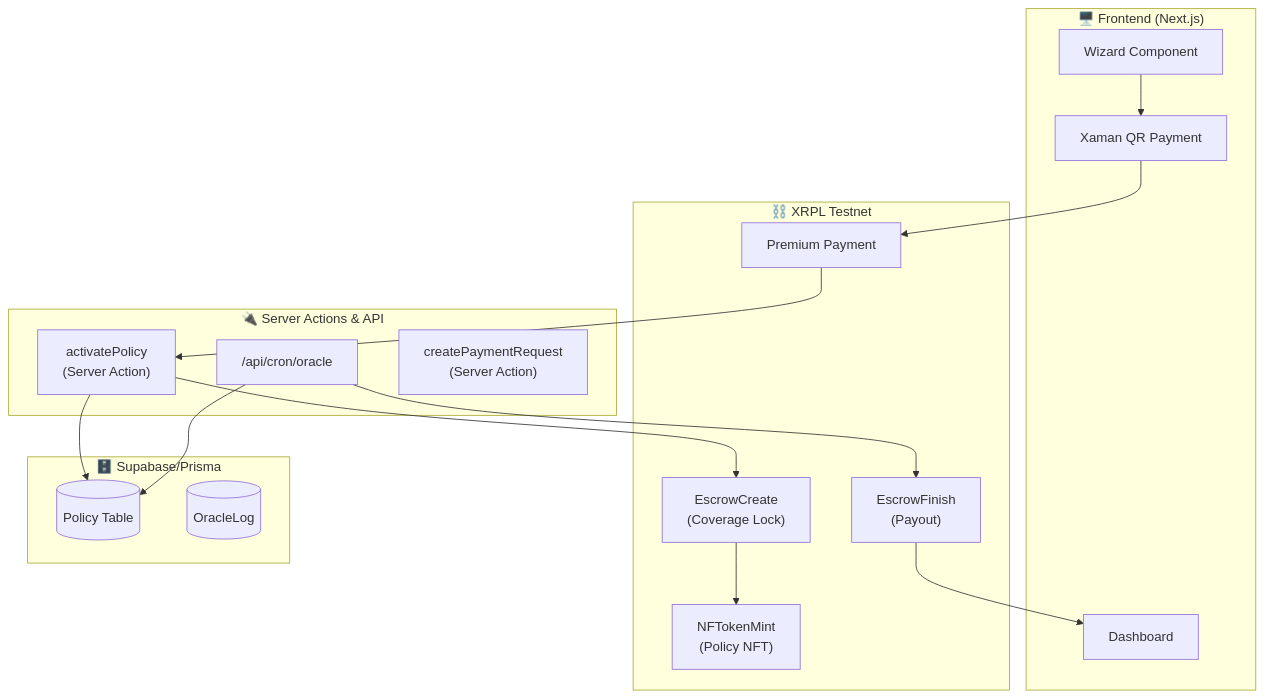
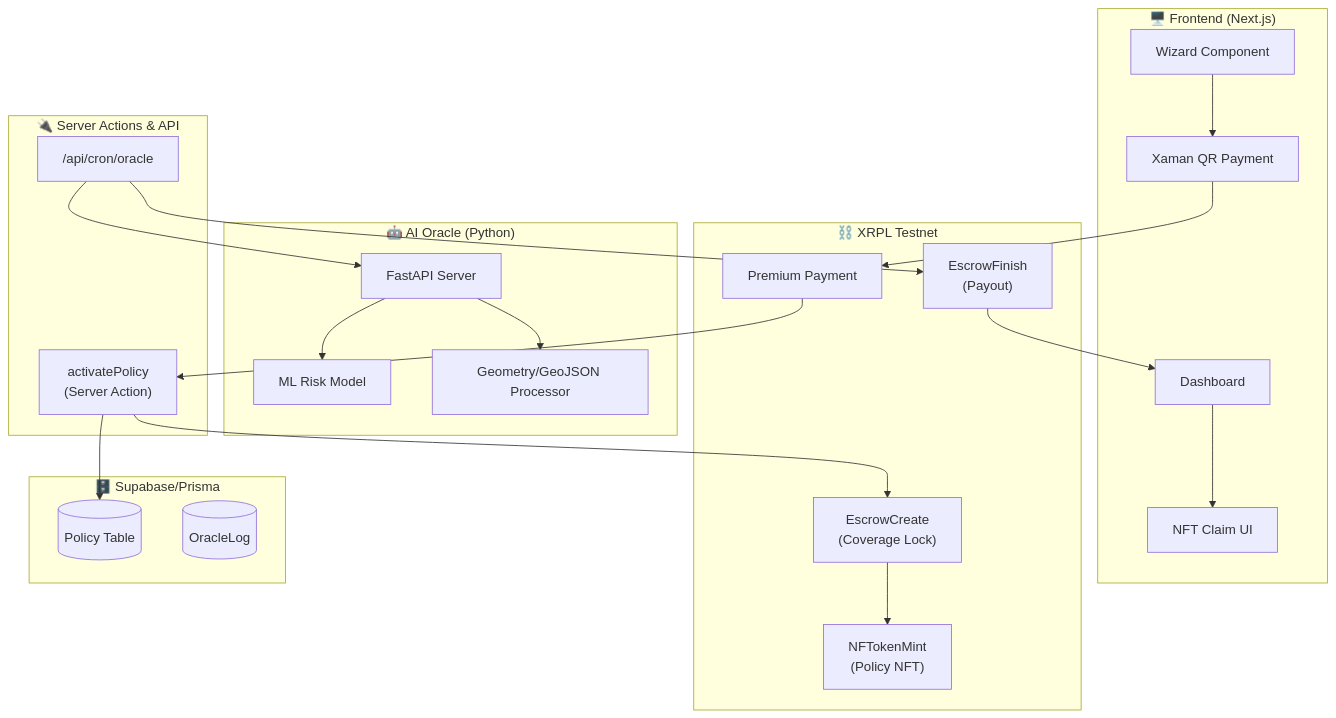
Before and after one commit to ianp-1/Canopy: the first of 6 diagrams in README.md, drawn with Mermaid. The commit also changed other lines of this file and 23 other files, not shown here.

Commit message:
feat: Add Python AI Oracle backend with Docker support and update related oracle logic and documentation.

````diff
--- a/README.md
+++ b/README.md
@@ -17,34 +18,43 @@
 ```mermaid
 flowchart TB
     subgraph Frontend["🖥️ Frontend (Next.js)"]
         WZ["Wizard Component"]
         QR["Xaman QR Payment"]
         DB_UI["Dashboard"]
+        CLAIM["NFT Claim UI"]
     end
     
     subgraph API["🔌 Server Actions & API"]
         PA["activatePolicy<br/>(Server Action)"]
         CO["/api/cron/oracle"]
-        PM["createPaymentRequest<br/>(Server Action)"]
+    end
+    
+    subgraph Backend["🤖 AI Oracle (Python)"]
+        FASTAPI["FastAPI Server"]
+        ML["ML Risk Model"]
+        GEO["Geometry/GeoJSON Processor"]
     end
     
     subgraph XRPL["⛓️ XRPL Testnet"]
         PAY["Premium Payment"]
         ESC["EscrowCreate<br/>(Coverage Lock)"]
         NFT["NFTokenMint<br/>(Policy NFT)"]
         FIN["EscrowFinish<br/>(Payout)"]
     end
     
     subgraph Database["🗄️ Supabase/Prisma"]
         POL[("Policy Table")]
         ORA[("OracleLog")]
     end
     
     WZ --> QR --> PAY
     PAY --> PA
     PA --> ESC --> NFT
     PA --> POL
-    CO --> POL
+    CO --> FASTAPI
+    FASTAPI --> ML
+    FASTAPI --> GEO
     CO --> FIN
     FIN --> DB_UI
+    DB_UI --> CLAIM
 ```
````
